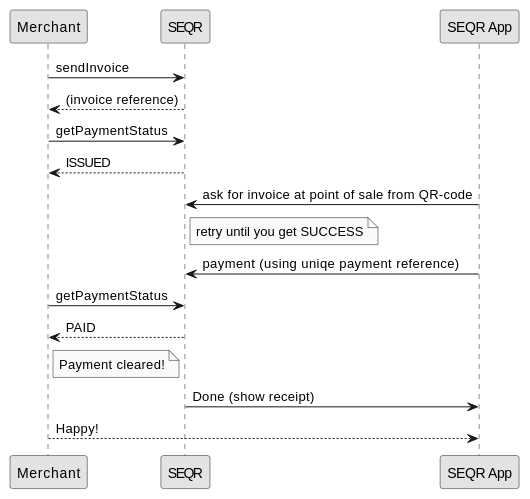
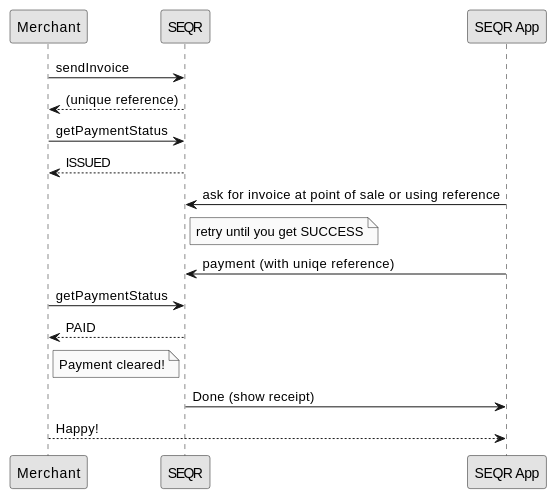
The diagram in merchant/payment/index.md (SeamlessDistribution/SeamlessDistribution.github.io), drawn with PlantUML before and after one commit.

```diff
--- a/merchant/payment/index.md
+++ b/merchant/payment/index.md
@@ -22,18 +22,18 @@
 @startuml
 skinparam monochrome true
 participant Merchant
 participant SEQR
 participant "SEQR App" as SEQRApp
 Merchant->SEQR: sendInvoice
-SEQR-->Merchant: (invoice reference)
+SEQR-->Merchant: (unique reference)
 Merchant->SEQR: getPaymentStatus
 SEQR-->Merchant: ISSUED
-SEQRApp->SEQR: ask for invoice at point of sale from QR-code 
+SEQRApp->SEQR: ask for invoice at point of sale or using reference 
 Note right of SEQR: retry until you get SUCCESS
-SEQRApp->SEQR: payment (using uniqe payment reference)
+SEQRApp->SEQR: payment (with uniqe reference)
 Merchant->SEQR: getPaymentStatus
 SEQR-->Merchant: PAID
 Note right of Merchant: Payment cleared!
 SEQR->SEQRApp: Done (show receipt)
 Merchant-->SEQRApp: Happy!
 @enduml
```
